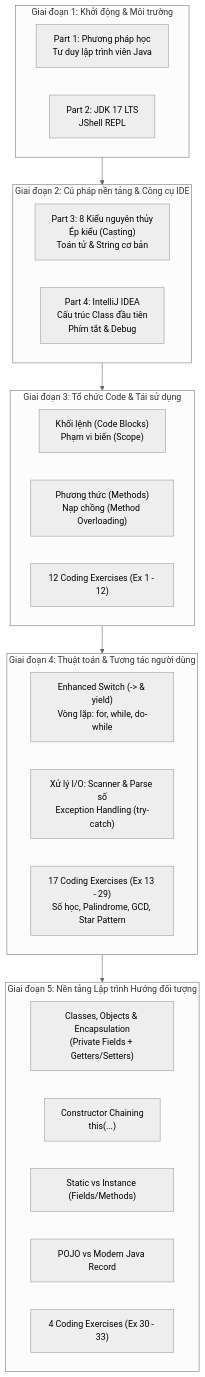
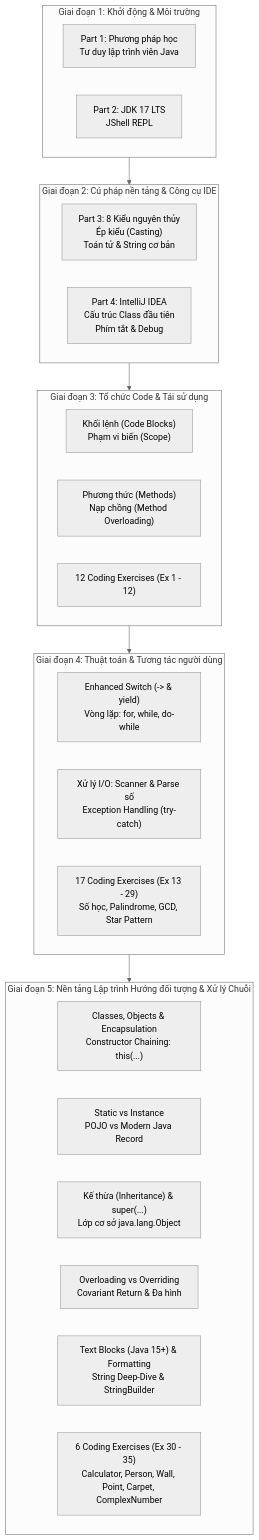
Before and after one commit to NguyenThanhSon2002/Udemy: the diagram in Document/Comprehensive_Java_Masterclass_Guide.md, drawn with Mermaid (neutral theme). The commit also changed other lines of this file and 7 other files, not shown here.

````diff
--- a/Document/Comprehensive_Java_Masterclass_Guide.md
+++ b/Document/Comprehensive_Java_Masterclass_Guide.md
@@ -27,34 +34,35 @@
 ```mermaid
 flowchart TD
     subgraph P1_P2["Giai đoạn 1: Khởi động & Môi trường"]
         P1["Part 1: Phương pháp học<br/>Tư duy lập trình viên Java"]
         P2["Part 2: JDK 17 LTS<br/>JShell REPL"]
     end
 
     subgraph P3_P4["Giai đoạn 2: Cú pháp nền tảng & Công cụ IDE"]
         P3["Part 3: 8 Kiểu nguyên thủy<br/>Ép kiểu (Casting)<br/>Toán tử & String cơ bản"]
         P4["Part 4: IntelliJ IDEA<br/>Cấu trúc Class đầu tiên<br/>Phím tắt & Debug"]
     end
 
     subgraph P5["Giai đoạn 3: Tổ chức Code & Tái sử dụng"]
         P5_1["Khối lệnh (Code Blocks)<br/>Phạm vi biến (Scope)"]
         P5_2["Phương thức (Methods)<br/>Nạp chồng (Method Overloading)"]
         P5_3["12 Coding Exercises (Ex 1 - 12)"]
     end
 
     subgraph P6["Giai đoạn 4: Thuật toán & Tương tác người dùng"]
         P6_1["Enhanced Switch (-> & yield)<br/>Vòng lặp: for, while, do-while"]
         P6_2["Xử lý I/O: Scanner & Parse số<br/>Exception Handling (try-catch)"]
         P6_3["17 Coding Exercises (Ex 13 - 29)<br/>Số học, Palindrome, GCD, Star Pattern"]
     end
 
-    subgraph P7["Giai đoạn 5: Nền tảng Lập trình Hướng đối tượng"]
-        P7_1["Classes, Objects & Encapsulation<br/>(Private Fields + Getters/Setters)"]
-        P7_2["Constructor Chaining<br/>this(...)"]
-        P7_3["Static vs Instance (Fields/Methods)"]
-        P7_4["POJO vs Modern Java Record"]
-        P7_5["4 Coding Exercises (Ex 30 - 33)"]
+    subgraph P7["Giai đoạn 5: Nền tảng Lập trình Hướng đối tượng & Xử lý Chuỗi"]
+        P7_1["Classes, Objects & Encapsulation<br/>Constructor Chaining: this(...)"]
+        P7_2["Static vs Instance<br/>POJO vs Modern Java Record"]
+        P7_3["Kế thừa (Inheritance) & super(...)<br/>Lớp cơ sở java.lang.Object"]
+        P7_4["Overloading vs Overriding<br/>Covariant Return & Đa hình"]
+        P7_5["Text Blocks (Java 15+) & Formatting<br/>String Deep-Dive & StringBuilder"]
+        P7_6["6 Coding Exercises (Ex 30 - 35)<br/>Calculator, Person, Wall, Point, Carpet, ComplexNumber"]
     end
 
     P1_P2 --> P3_P4 --> P5 --> P6 --> P7
 ```
````
